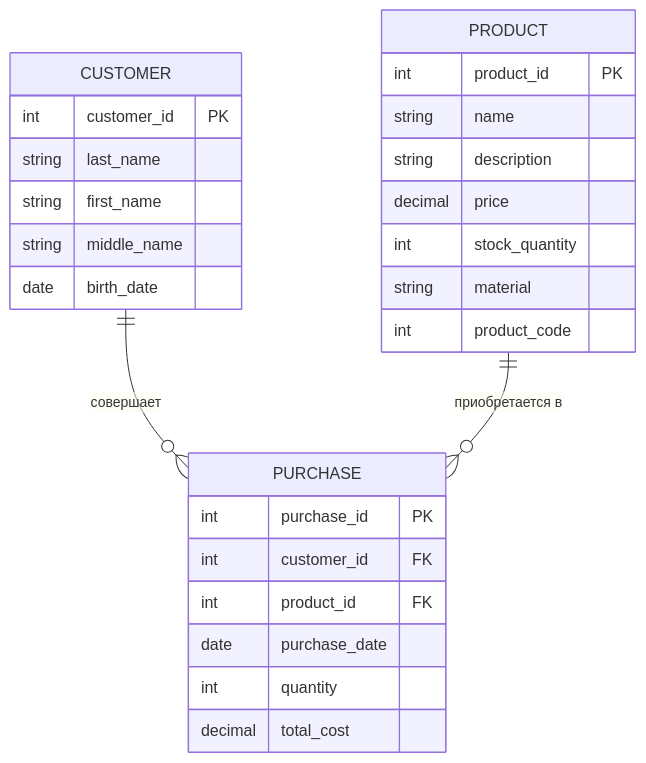
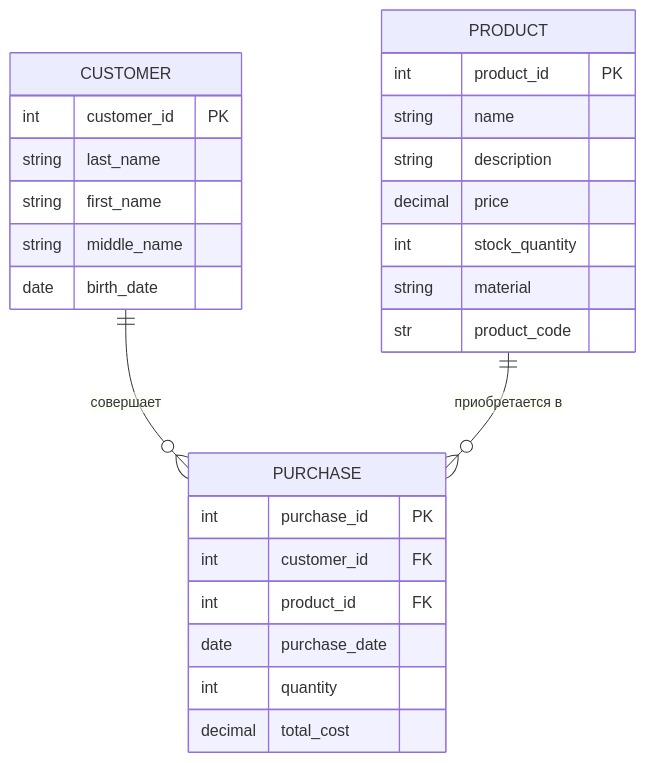
The diagram in README.md (GlebSvetikov/OOP), drawn with Mermaid before and after one commit.

````diff
--- a/README.md
+++ b/README.md
@@ -3,32 +3,32 @@
 ```mermaid
 erDiagram
     CUSTOMER ||--o{ PURCHASE : "совершает"
     PRODUCT ||--o{ PURCHASE : "приобретается в"
 
     CUSTOMER {
         int customer_id PK
         string last_name
         string first_name
         string middle_name
         date birth_date
     }
 
     PRODUCT {
         int product_id PK
         string name
         string description
         decimal price
         int stock_quantity
         string material
-        int product_code
+        str product_code
     }
 
     PURCHASE {
         int purchase_id PK
         int customer_id FK
         int product_id FK
         date purchase_date
         int quantity
         decimal total_cost
     }
 ```
````
